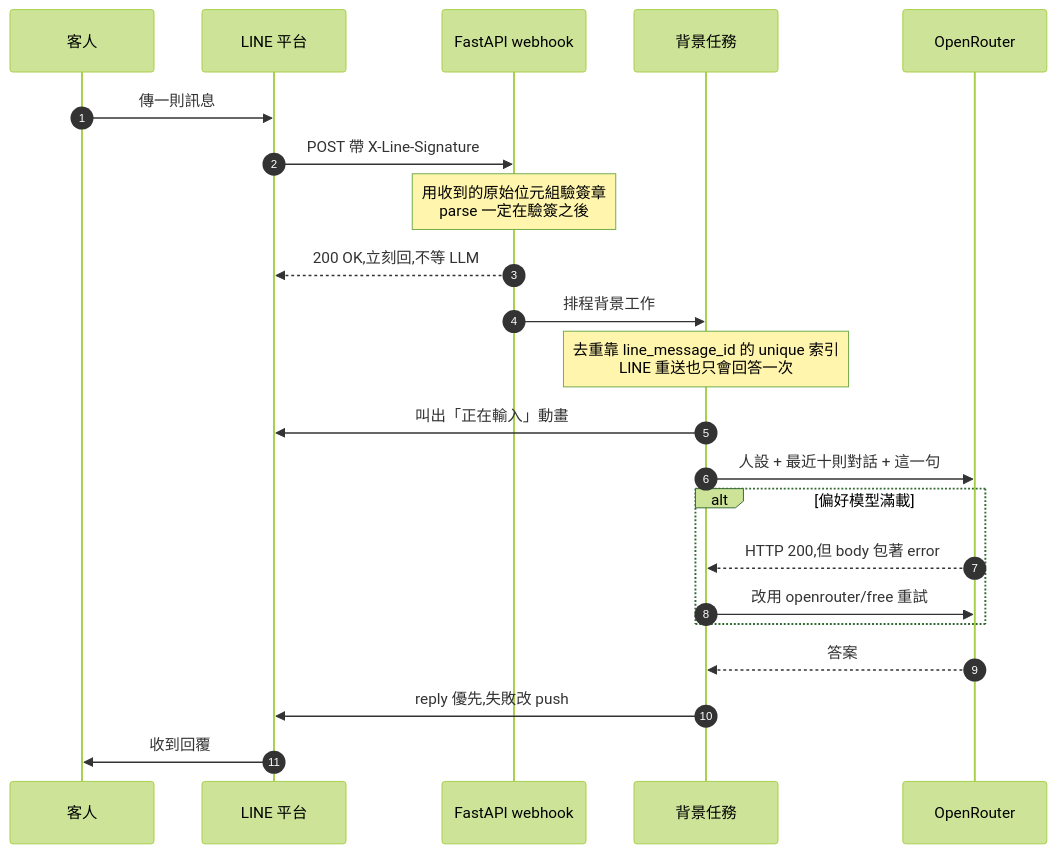
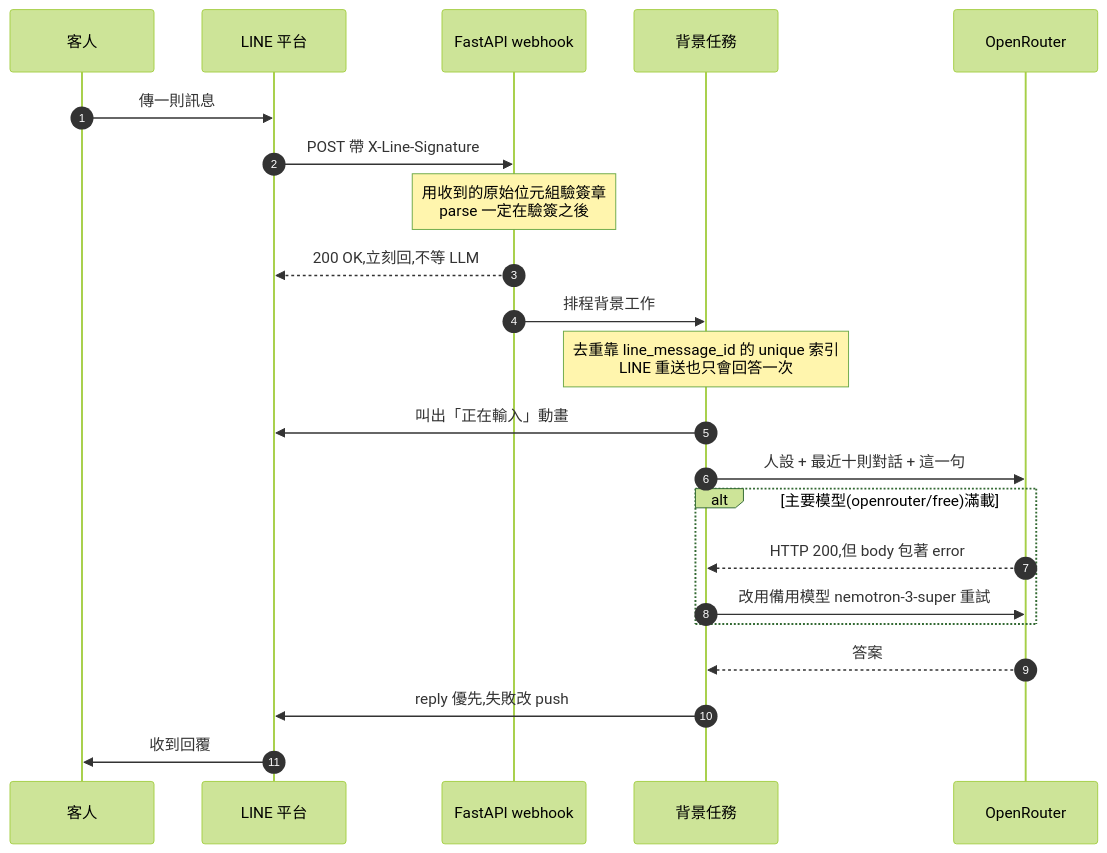
Before and after one commit to inform199751-crypto/universal-ai-helpdesk: the second of 2 diagrams in README.md, drawn with Mermaid (forest theme). The commit also changed other lines of this file and 4 other files, not shown here.

````diff
--- a/README.md
+++ b/README.md
@@ -40,25 +40,25 @@
 ```mermaid
 sequenceDiagram
     autonumber
     participant C as 客人
     participant L as LINE 平台
     participant W as FastAPI webhook
     participant B as 背景任務
     participant O as OpenRouter
 
     C->>L: 傳一則訊息
     L->>W: POST 帶 X-Line-Signature
     Note over W: 用收到的原始位元組驗簽章<br/>parse 一定在驗簽之後
     W-->>L: 200 OK,立刻回,不等 LLM
     W->>B: 排程背景工作
     Note over B: 去重靠 line_message_id 的 unique 索引<br/>LINE 重送也只會回答一次
     B->>L: 叫出「正在輸入」動畫
     B->>O: 人設 + 最近十則對話 + 這一句
-    alt 偏好模型滿載
+    alt 主要模型(openrouter/free)滿載
         O-->>B: HTTP 200,但 body 包著 error
-        B->>O: 改用 openrouter/free 重試
+        B->>O: 改用備用模型 nemotron-3-super 重試
     end
     O-->>B: 答案
     B->>L: reply 優先,失敗改 push
     L->>C: 收到回覆
 ```
````
